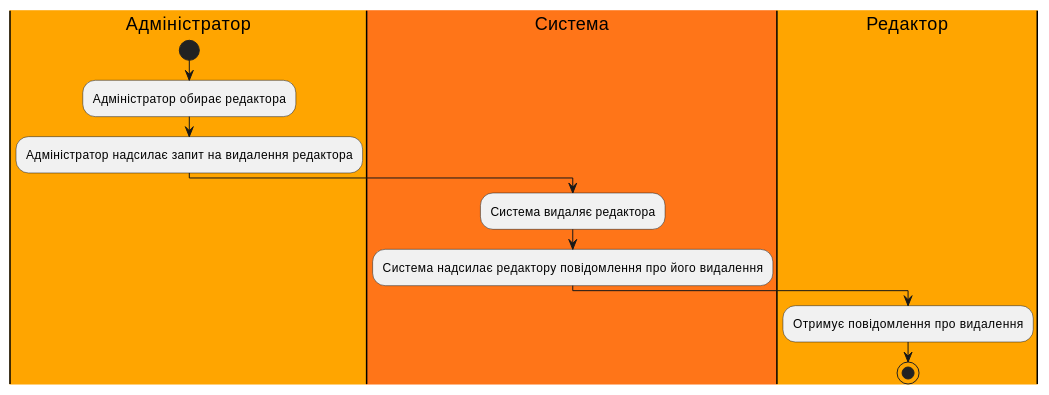
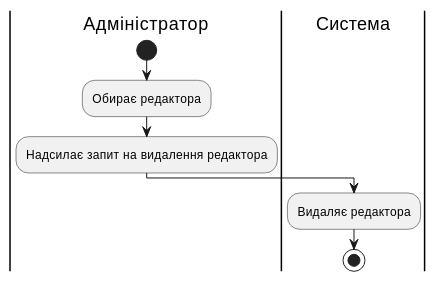
Before and after one commit to m1guelten/edu-db-cw: diagram 12 of 18 in docs/use cases/README.md, drawn with PlantUML. The commit also changed other lines of this file, not shown here.

Commit message:
edited some diagrams

```diff
--- a/docs/use cases/README.md
+++ b/docs/use cases/README.md
@@ -391,15 +382,14 @@
 @startuml
 
-|#FF4F00|Адміністратор|
+|Адміністратор|
 start
-:Адміністратор обирає редактора;
-|#FFA500|Адміністратор|
-:Адміністратор надсилає запит на видалення редактора;
-|#FF7518|Система|
-:Система видаляє редактора;
+
+:Обирає редактора;
+:Надсилає запит на видалення редактора;
+
 |Система|
-:Система надсилає редактору повідомлення про його видалення;
-|#FFA500|Редактор|
-:Отримує повідомлення про видалення;
+:Видаляє редактора;
+
 stop;
+
 @enduml
```
